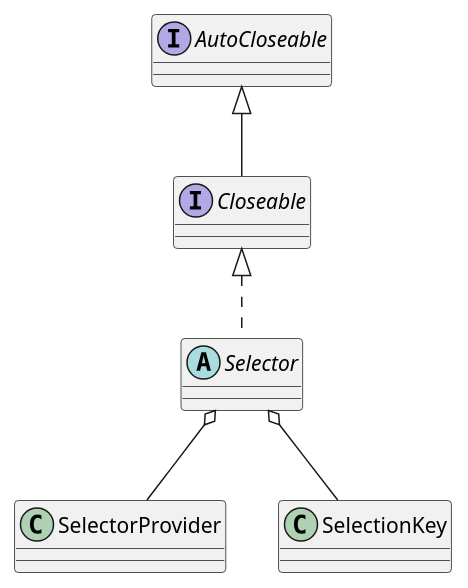
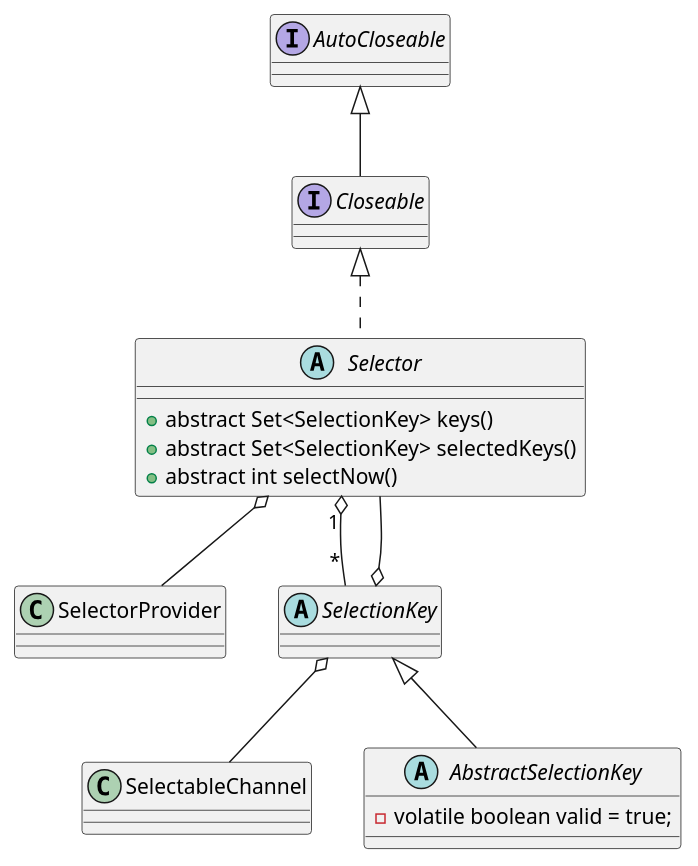
Before and after one commit to onlyonion/development: the diagram in 10-java/src/rt.jar.src/java/nio/channels/Selector.md, drawn with PlantUML. The commit also changed 73 other files, not shown here.

````diff
--- a/10-java/src/rt.jar.src/java/nio/channels/Selector.md
+++ b/10-java/src/rt.jar.src/java/nio/channels/Selector.md
@@ -12,15 +12,33 @@
 ```plantuml
 @startuml
 
+''''''''''''''''''Selector'''''''''''''''''''''''
 interface AutoCloseable
 interface Closeable
-abstract class Selector
+abstract class Selector {
+    + abstract Set<SelectionKey> keys()
+    + abstract Set<SelectionKey> selectedKeys()    
+    + abstract int selectNow()
+}
 
 AutoCloseable ^-- Closeable
 Closeable ^.. Selector
 
 Selector o-- SelectorProvider
-Selector o-- SelectionKey
+Selector "1" o-- "*" SelectionKey
+
+
+''''''''''''''''''SelectionKey'''''''''''''''''''''''
+abstract class SelectionKey
+
+SelectionKey o-- SelectableChannel
+SelectionKey o-- Selector
+
+abstract class AbstractSelectionKey {
+    - volatile boolean valid = true;
+}
+
+SelectionKey ^-- AbstractSelectionKey
 
 @enduml
 ```
````
